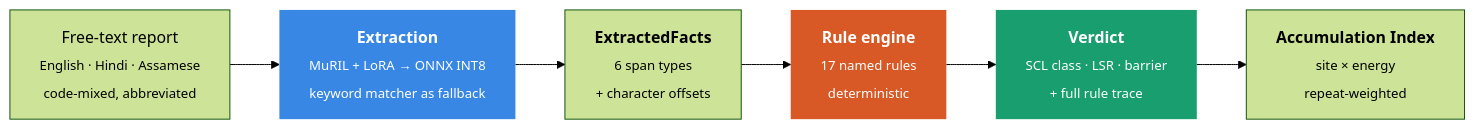
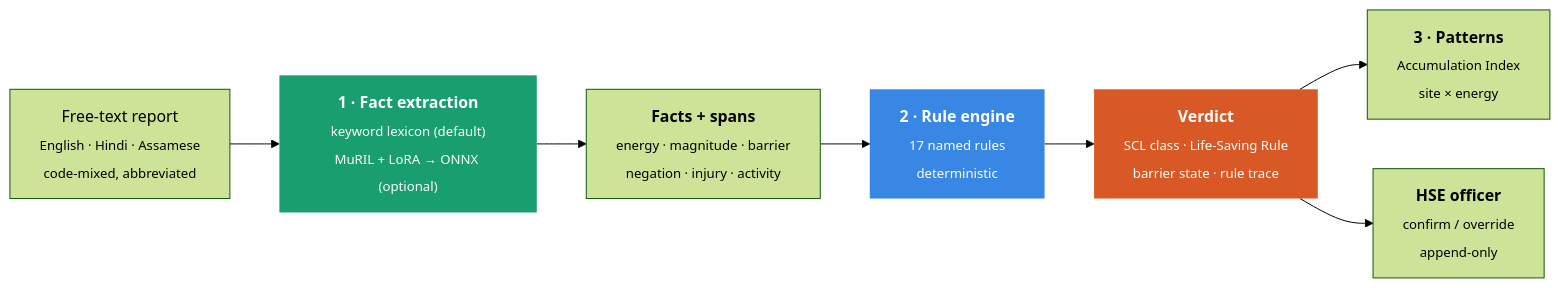
One commit to adityacs50-lab/Antardrishti changed the diagram in README.md. Above: the diagram before and after it, drawn with Mermaid (forest theme). The commit also changed other lines of this file and 11 other files, not shown here.

````diff
--- a/README.md
+++ b/README.md
@@ -111,15 +122,17 @@
 ```mermaid
 flowchart LR
     A["Free-text report<br/><sub>English · Hindi · Assamese<br/>code-mixed, abbreviated</sub>"]
-    B["<b>Extraction</b><br/><sub>MuRIL + LoRA → ONNX INT8<br/>keyword matcher as fallback</sub>"]
-    C["<b>ExtractedFacts</b><br/><sub>6 span types<br/>+ character offsets</sub>"]
-    D["<b>Rule engine</b><br/><sub>17 named rules<br/>deterministic</sub>"]
-    E["<b>Verdict</b><br/><sub>SCL class · LSR · barrier<br/>+ full rule trace</sub>"]
-    F["<b>Accumulation Index</b><br/><sub>site × energy<br/>repeat-weighted</sub>"]
+    B["<b>1 · Fact extraction</b><br/><sub>keyword lexicon (default)<br/>MuRIL + LoRA → ONNX (optional)</sub>"]
+    C["<b>Facts + spans</b><br/><sub>energy · magnitude · barrier<br/>negation · injury · activity</sub>"]
+    D["<b>2 · Rule engine</b><br/><sub>17 named rules<br/>deterministic</sub>"]
+    E["<b>Verdict</b><br/><sub>SCL class · Life-Saving Rule<br/>barrier state · rule trace</sub>"]
+    F["<b>3 · Patterns</b><br/><sub>Accumulation Index<br/>site × energy</sub>"]
+    G["<b>HSE officer</b><br/><sub>confirm / override<br/>append-only</sub>"]
 
     A --> B --> C --> D --> E --> F
+    E --> G
 
-    style B fill:#3987e5,stroke:none,color:#fff
-    style D fill:#d95926,stroke:none,color:#fff
-    style E fill:#199e70,stroke:none,color:#fff
+    style B fill:#199e70,stroke:none,color:#fff
+    style D fill:#3987e5,stroke:none,color:#fff
+    style E fill:#d95926,stroke:none,color:#fff
 ```
````
